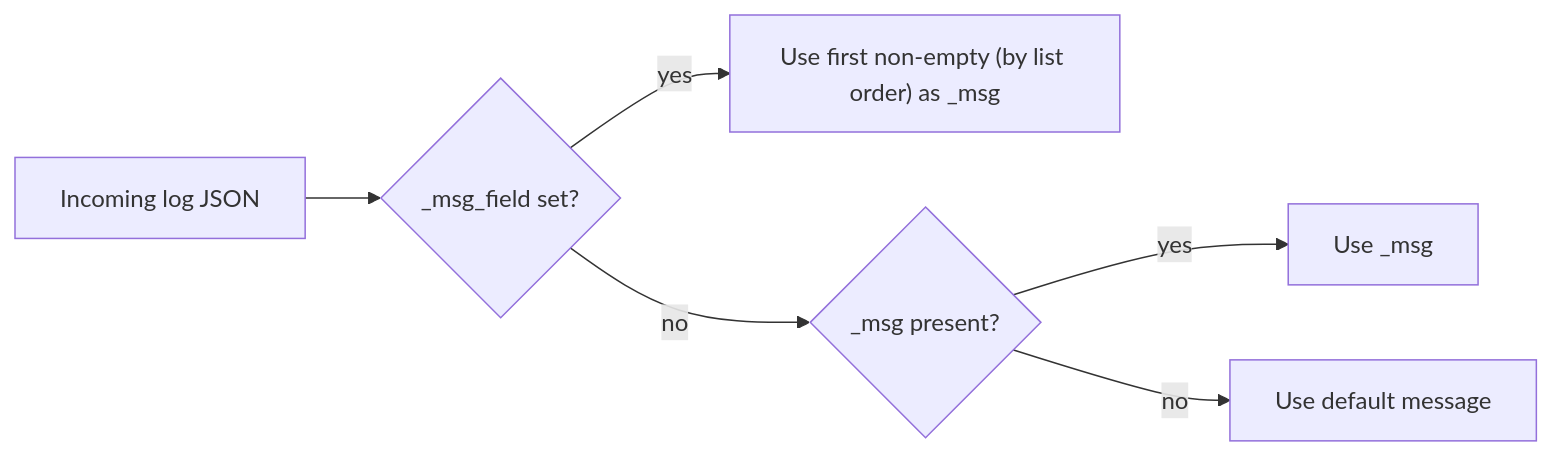
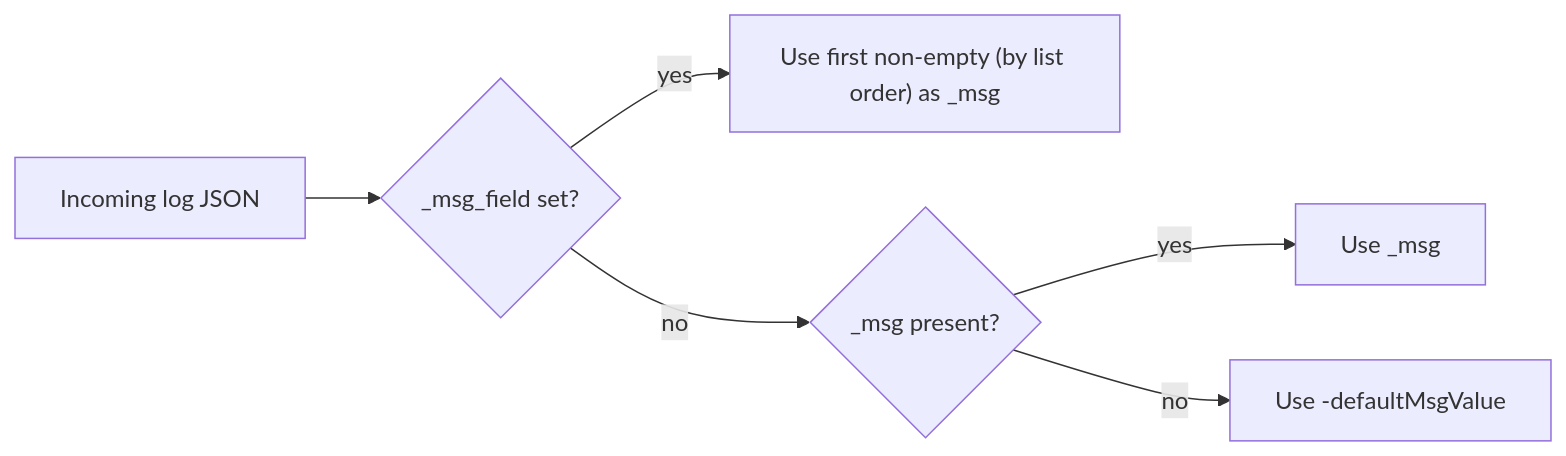
The first of 3 diagrams in cmd/mcp-victoriametrics/resources/vm/content/victorialogs/keyConcepts.md (VictoriaMetrics-Community/mcp-victoriametrics), drawn with Mermaid before and after one commit. The commit also changed other lines of this file and 178 other files, not shown here.

````diff
--- a/cmd/mcp-victoriametrics/resources/vm/content/victorialogs/keyConcepts.md
+++ b/cmd/mcp-victoriametrics/resources/vm/content/victorialogs/keyConcepts.md
@@ -141,8 +142,8 @@
 ```mermaid
 flowchart LR
   A["Incoming log JSON"] --> B{"_msg_field set?"}
   B -- yes --> C["Use first non-empty (by list order) as _msg"]
   B -- no  --> D{"_msg present?"}
   D -- yes --> E["Use _msg"]
-  D -- no  --> F["Use default message"]
+  D -- no  --> F["Use -defaultMsgValue"]
 ```
````
